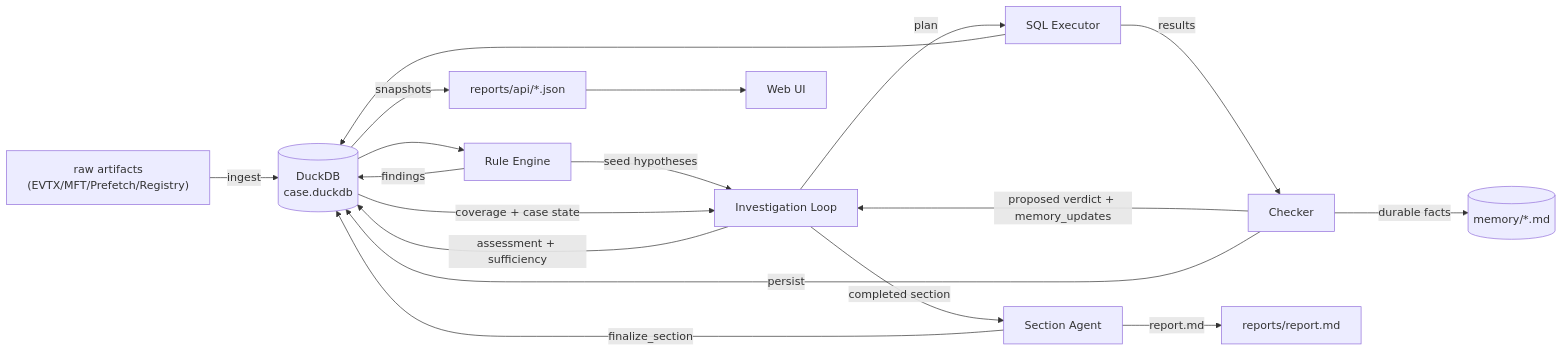
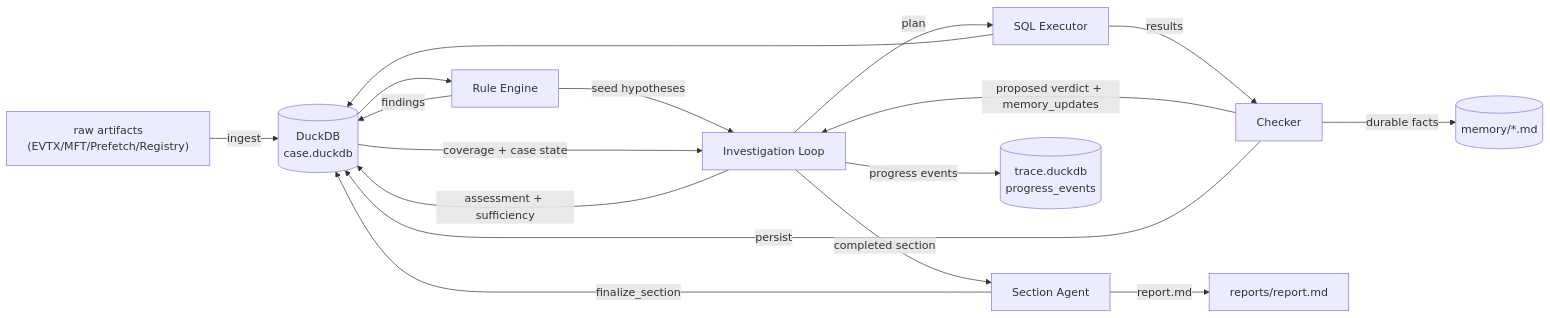
Before and after one commit to sumeshi/forensia: the first of 4 diagrams in docs/architecture.md, drawn with Mermaid. The commit also changed other lines of this file and 82 other files, not shown here.

````diff
--- a/docs/architecture.md
+++ b/docs/architecture.md
@@ -14,20 +52,19 @@
 ```mermaid
 flowchart LR
     A["raw artifacts<br/>(EVTX/MFT/Prefetch/Registry)"] -->|ingest| B[("DuckDB<br/>case.duckdb")]
     B --> C[Rule Engine]
     C -->|findings| B
     C -->|seed hypotheses| H[Investigation Loop]
     B -->|coverage + case state| H
     H -->|plan| Q[SQL Executor]
     Q --> B
     Q -->|results| K[Checker]
     K -->|proposed verdict + memory_updates| H
     H -->|assessment + sufficiency| B
     K -->|persist| B
     K -->|durable facts| M[("memory/*.md")]
     H -->|completed section| R[Section Agent]
     R -->|finalize_section| B
     R -->|report.md| O["reports/report.md"]
-    B -->|snapshots| S["reports/api/*.json"]
-    S --> W["Web UI"]
+    H -->|progress events| T[("trace.duckdb<br/>progress_events")]
 ```
````
